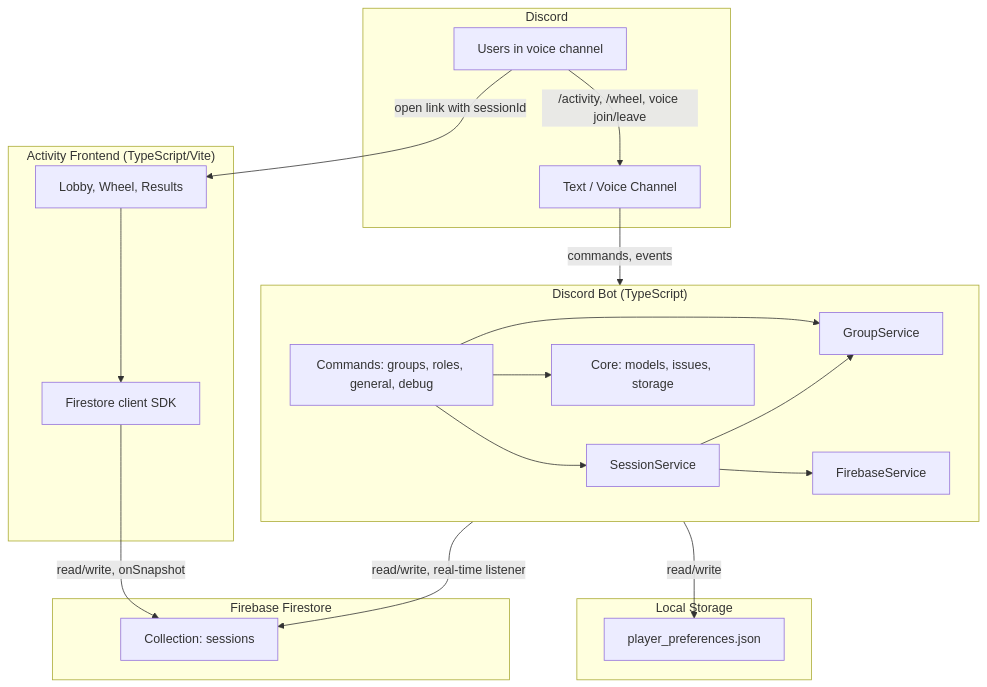
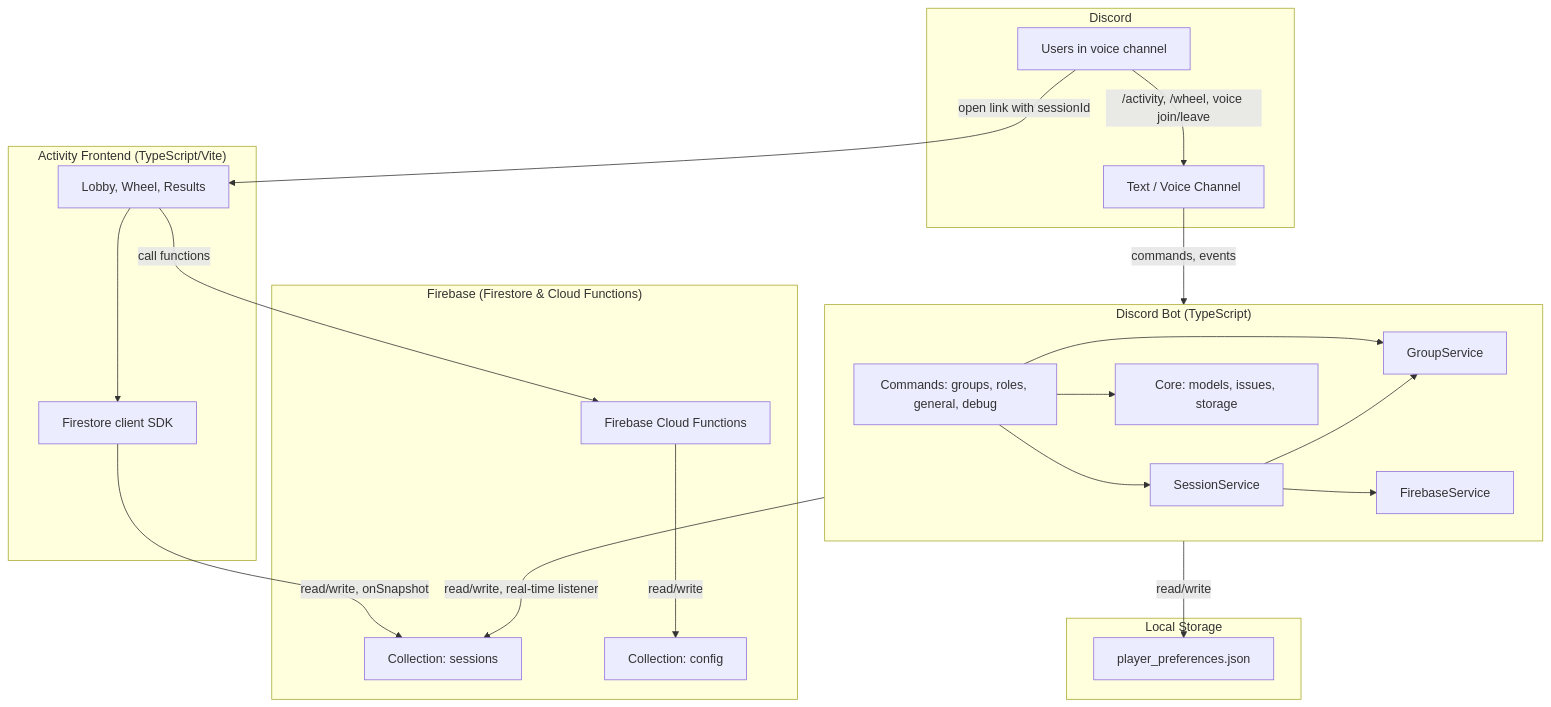
One commit to TytaniumDev/MythicPlusDiscordBot changed the first of 4 diagrams in ARCHITECTURE.md. Above: the diagram before and after it, drawn with Mermaid. The commit also changed other lines of this file and 2 other files, not shown here.

First line of the commit message:
docs: update documentation for Cloud Functions layer

````diff
--- a/ARCHITECTURE.md
+++ b/ARCHITECTURE.md
@@ -21,40 +21,44 @@
 ```mermaid
 flowchart TB
     subgraph Discord["Discord"]
         User[Users in voice channel]
         Channel[Text / Voice Channel]
     end
 
     subgraph Bot["Discord Bot (TypeScript)"]
         Cogs[Commands: groups, roles, general, debug]
         GroupService[GroupService]
         SessionService[SessionService]
         FirebaseService[FirebaseService]
         Core[Core: models, issues, storage]
         Cogs --> GroupService
         Cogs --> SessionService
         Cogs --> Core
         SessionService --> FirebaseService
         SessionService --> GroupService
     end
 
-    subgraph Firebase["Firebase Firestore"]
+    subgraph Firebase["Firebase (Firestore & Cloud Functions)"]
         Sessions[Collection: sessions]
+        Config[Collection: config]
+        CloudFuncs[Firebase Cloud Functions]
     end
 
     subgraph LocalStorage["Local Storage"]
         Preferences[player_preferences.json]
     end
 
     subgraph Frontend["Activity Frontend (TypeScript/Vite)"]
         UI[Lobby, Wheel, Results]
         UI --> FirestoreClient[Firestore client SDK]
     end
 
     User -->|/activity, /wheel, voice join/leave| Channel
     Channel -->|commands, events| Bot
     Bot -->|read/write, real-time listener| Sessions
     Bot -->|read/write| Preferences
     FirestoreClient -->|read/write, onSnapshot| Sessions
     User -->|open link with sessionId| UI
+    CloudFuncs -->|read/write| Config
+    UI -->|call functions| CloudFuncs
 ```
````
